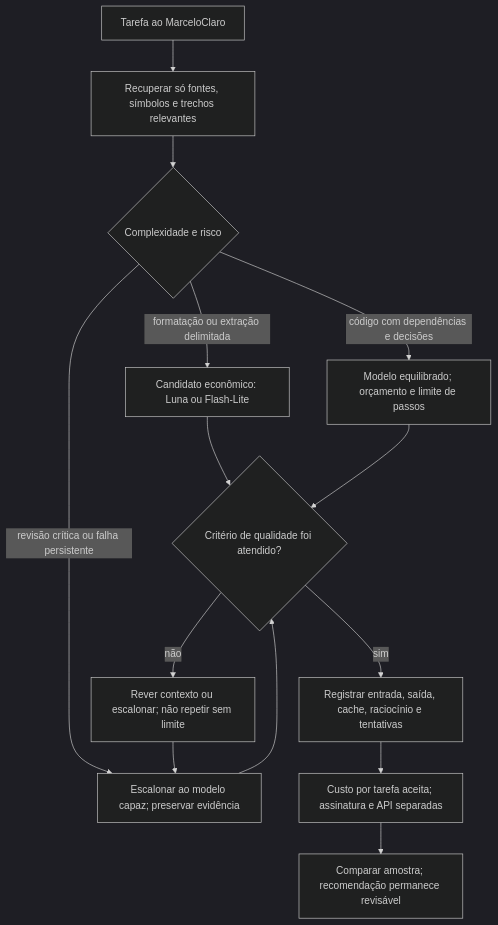
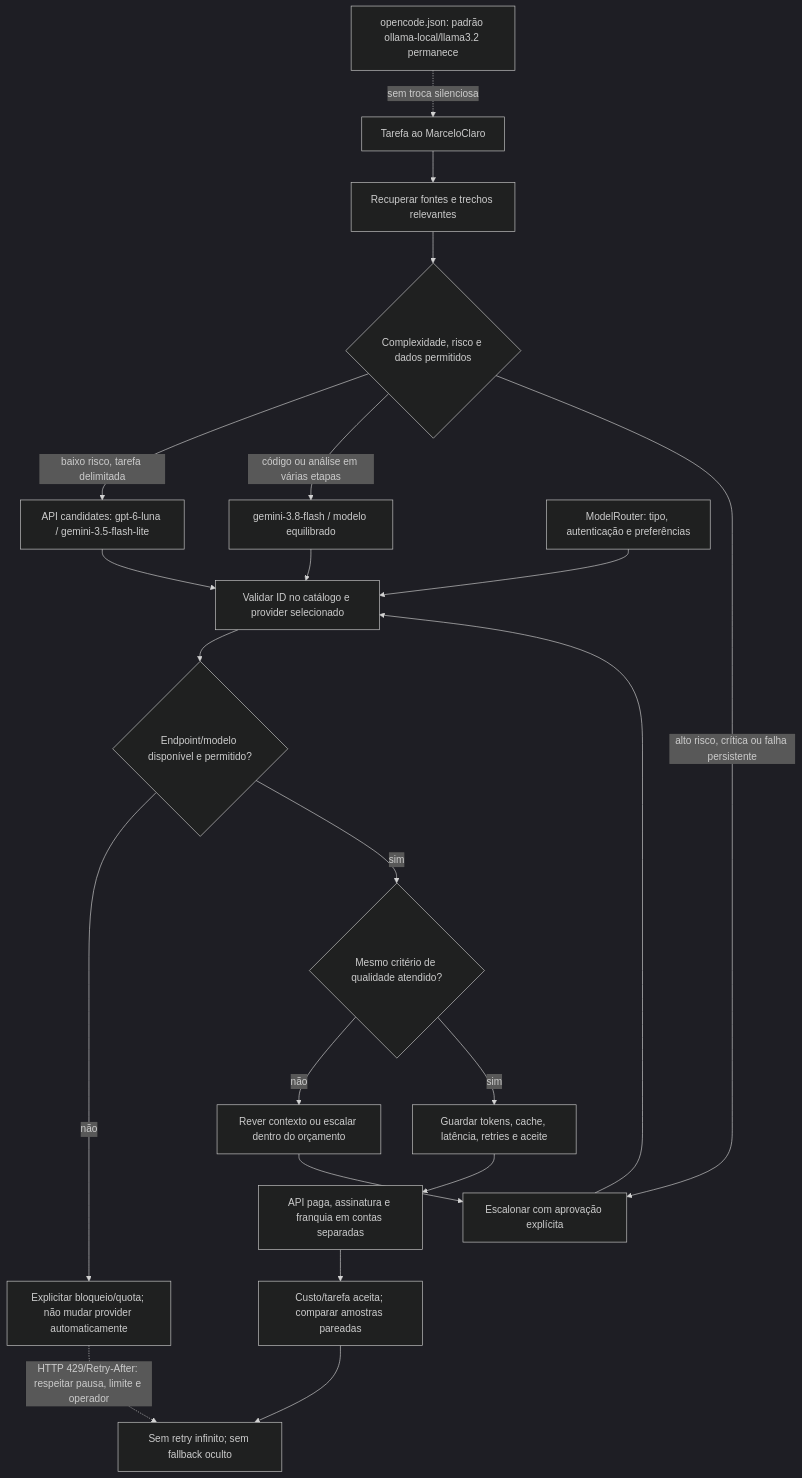
Before and after one commit to MarceloClaro/opencode-ecosystem-core: diagram 26 of 29 in README.md, drawn with Mermaid (dark theme). The commit also changed other lines of this file and 6 other files, not shown here.

````diff
--- a/README.md
+++ b/README.md
@@ -1759,16 +1795,23 @@
 ```mermaid
 flowchart TB
-  TASK["Tarefa ao MarceloClaro"] --> CONTEXT["Recuperar só fontes, símbolos e trechos relevantes"]
-  CONTEXT --> TYPE{"Complexidade e risco"}
-  TYPE -->|"formatação ou extração delimitada"| SMALL["Candidato econômico: Luna ou Flash-Lite"]
-  TYPE -->|"código com dependências e decisões"| BALANCE["Modelo equilibrado; orçamento e limite de passos"]
-  TYPE -->|"revisão crítica ou falha persistente"| STRONG["Escalonar ao modelo capaz; preservar evidência"]
-  SMALL --> QUALITY{"Critério de qualidade foi atendido?"}
-  BALANCE --> QUALITY
-  STRONG --> QUALITY
-  QUALITY -->|"não"| REVIEW["Rever contexto ou escalonar; não repetir sem limite"]
+  TASK["Tarefa ao MarceloClaro"] --> CONTEXT["Recuperar fontes e trechos relevantes"]
+  CONTEXT --> TYPE{"Complexidade, risco e dados permitidos"}
+  TYPE -->|"baixo risco, tarefa delimitada"| ECONOMIC["API candidates: gpt-6-luna / gemini-3.5-flash-lite"]
+  TYPE -->|"código ou análise em várias etapas"| BALANCED["gemini-3.8-flash / modelo equilibrado"]
+  TYPE -->|"alto risco, crítica ou falha persistente"| STRONG["Escalonar com aprovação explícita"]
+  CONFIG["opencode.json: padrão ollama-local/llama3.2 permanece"] -. "sem troca silenciosa" .-> TASK
+  ROUTER["ModelRouter: tipo, autenticação e preferências"] --> CANDIDATE["Validar ID no catálogo e provider selecionado"]
+  ECONOMIC --> CANDIDATE
+  BALANCED --> CANDIDATE
+  STRONG --> CANDIDATE
+  CANDIDATE --> AVAILABLE{"Endpoint/modelo disponível e permitido?"}
+  AVAILABLE -->|"não"| BLOCK["Explicitar bloqueio/quota; não mudar provider automaticamente"]
+  AVAILABLE -->|"sim"| QUALITY{"Mesmo critério de qualidade atendido?"}
+  QUALITY -->|"não"| REVIEW["Rever contexto ou escalar dentro do orçamento"]
   REVIEW --> STRONG
-  QUALITY -->|"sim"| MEASURE["Registrar entrada, saída, cache, raciocínio e tentativas"]
-  MEASURE --> COST["Custo por tarefa aceita; assinatura e API separadas"]
-  COST --> COMPARE["Comparar amostra; recomendação permanece revisável"]
+  QUALITY -->|"sim"| MEASURE["Guardar tokens, cache, latência, retries e aceite"]
+  MEASURE --> COST["API paga, assinatura e franquia em contas separadas"]
+  COST --> COMPARE["Custo/tarefa aceita; comparar amostras pareadas"]
+  BLOCK -. "HTTP 429/Retry-After: respeitar pausa, limite e operador" .-> CONTROL["Sem retry infinito; sem fallback oculto"]
+  COMPARE --> CONTROL
 ```
````
